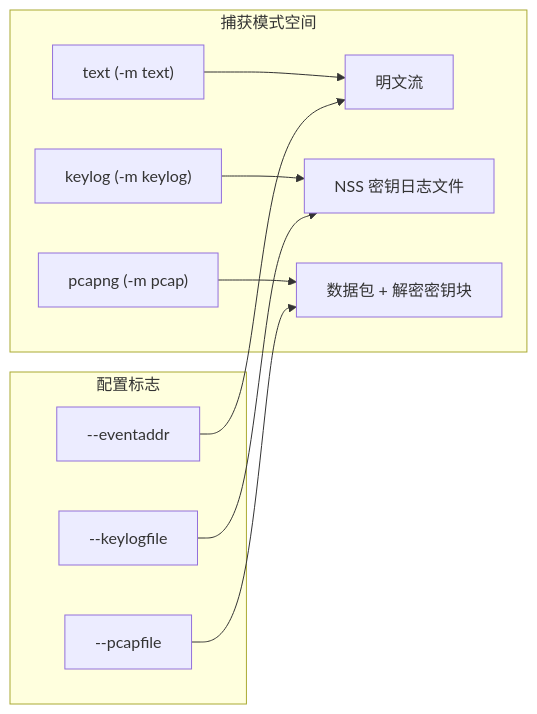
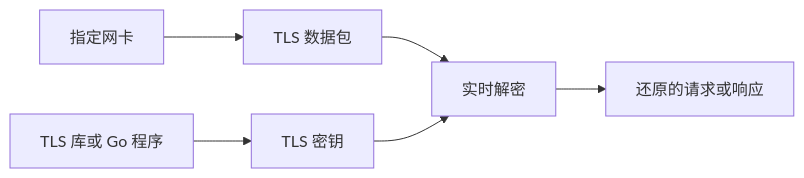
Before and after one commit to gojue/ecapture.cc: the diagram in src/zh/1-getting-started/index.md, drawn with Mermaid. The commit also changed other lines of this file and 94 other files, not shown here.

````diff
--- a/src/zh/1-getting-started/index.md
+++ b/src/zh/1-getting-started/index.md
@@ -65,13 +13,8 @@
 ```mermaid
-graph LR
-    subgraph Modes ["捕获模式空间"]
-        M1["text (-m text)"] --> O1["明文流"]
-        M2["keylog (-m keylog)"] --> O2["NSS 密钥日志文件"]
-        M3["pcapng (-m pcap)"] --> O3["数据包 + 解密密钥块"]
-    end
-    subgraph Config ["配置标志"]
-        F1["--eventaddr"] --> O1
-        F2["--keylogfile"] --> O2
-        F3["--pcapfile"] --> O3
-    end
+flowchart LR
+    Target["TLS 库或 Go 程序"] --> Secrets["TLS 密钥"]
+    NIC["指定网卡"] --> Packets["TLS 数据包"]
+    Packets --> SDK["实时解密"]
+    Secrets --> SDK
+    SDK --> Text["还原的请求或响应"]
 ```
````
